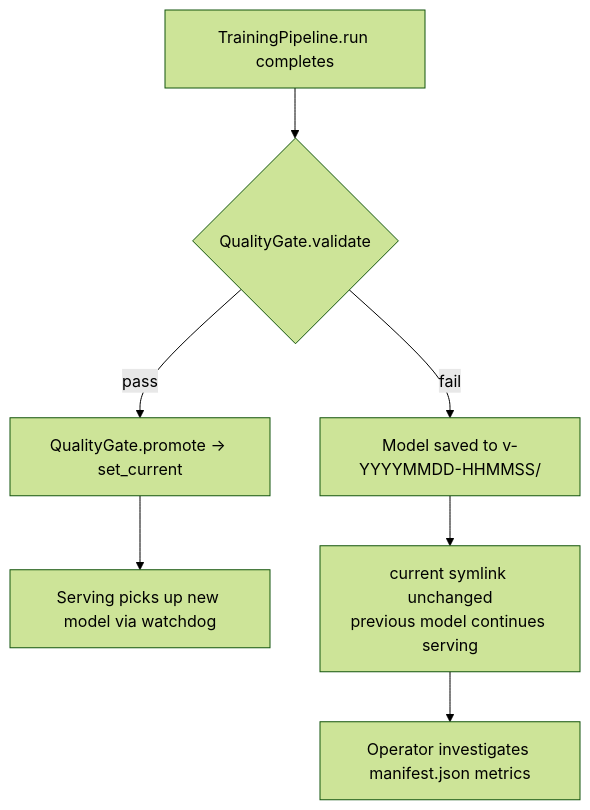
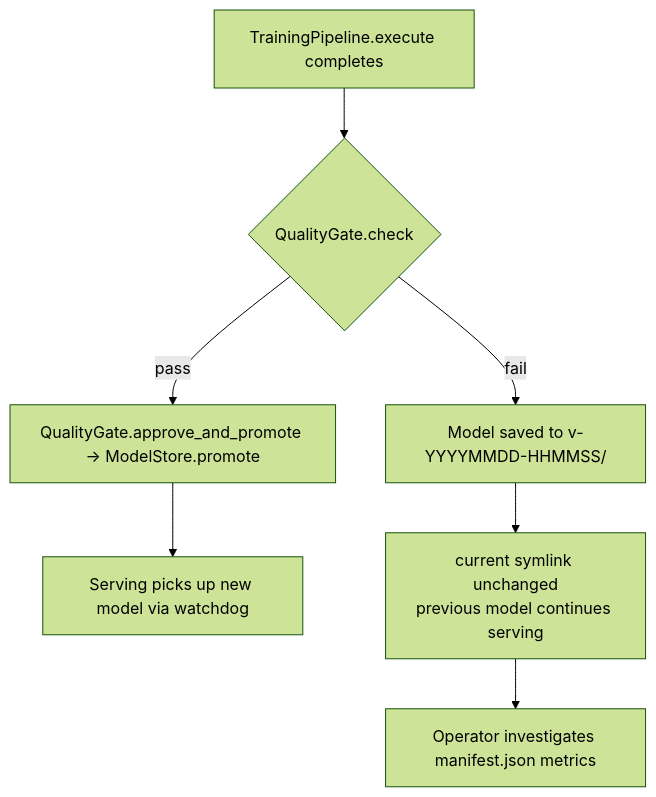
Before and after one commit to nlorber/transaction-classifier: the third of 3 diagrams in docs/DESIGN.md, drawn with Mermaid (forest theme). The commit also changed other lines of this file and 6 other files, not shown here.

Commit message:
fix: gate retrains on non-inferiority to the live model

````diff
--- a/docs/DESIGN.md
+++ b/docs/DESIGN.md
@@ -267,9 +268,9 @@
 ```mermaid
 flowchart TD
-    A[TrainingPipeline.run completes] --> B{QualityGate.validate}
-    B -->|pass| C[QualityGate.promote → set_current]
+    A[TrainingPipeline.execute completes] --> B{QualityGate.check}
+    B -->|pass| C[QualityGate.approve_and_promote → ModelStore.promote]
     C --> D[Serving picks up new model via watchdog]
     B -->|fail| E[Model saved to v-YYYYMMDD-HHMMSS/]
     E --> F["current symlink unchanged\nprevious model continues serving"]
     F --> G[Operator investigates manifest.json metrics]
 ```
````
